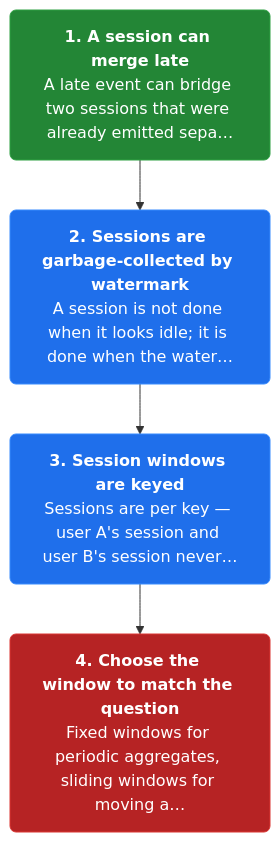
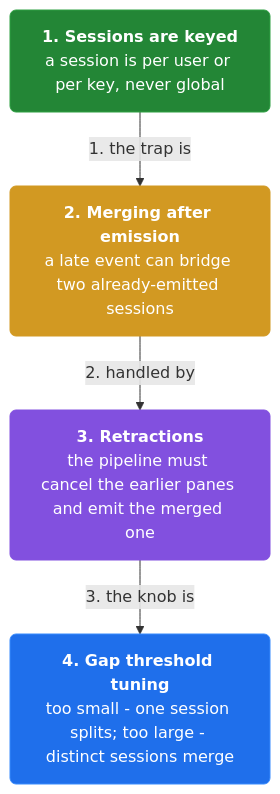
One commit to vinayakuber/streaming-systems-study-guide changed the third of 19 diagrams in docs/ch04-advanced-windowing.md. Above: the diagram before and after it, drawn with Mermaid. The commit also changed other lines of this file and 12 other files, not shown here.

First line of the commit message:
Author per-section and per-card mermaid diagrams (110 diagrams)

````diff
--- a/docs/ch04-advanced-windowing.md
+++ b/docs/ch04-advanced-windowing.md
@@ -91,13 +97,15 @@
 ```mermaid
 flowchart TD
-  classDef step fill:#1f6feb,color:#ffffff,stroke:#388bfd,stroke-width:1px,rx:6
+  classDef step fill:#1f6feb,color:#ffffff,stroke:#388bfd,rx:6
+  classDef core fill:#8250df,color:#ffffff,stroke:#8250df,rx:6
+  classDef warn fill:#d29922,color:#ffffff,stroke:#d29922,rx:6
   classDef start fill:#238636,color:#ffffff,stroke:#2ea043,rx:6
   classDef stop fill:#b62324,color:#ffffff,stroke:#da3633,rx:6
-  s2n0["<b>1. A session can merge late</b><br/>A late event can bridge two sessions that were already emitted sepa…"]:::start
-  s2n1["<b>2. Sessions are garbage-collected by watermark</b><br/>A session is not done when it looks idle; it is done when the water…"]:::step
-  s2n2["<b>3. Session windows are keyed</b><br/>Sessions are per key — user A's session and user B's session never…"]:::step
-  s2n3["<b>4. Choose the window to match the question</b><br/>Fixed windows for periodic aggregates, sliding windows for moving a…"]:::stop
-  s2n0 --> s2n1
-  s2n1 --> s2n2
-  s2n2 --> s2n3
+  n0["<b>1. Sessions are keyed</b><br/>a session is per user or per key, never global"]:::start
+  n1["<b>2. Merging after emission</b><br/>a late event can bridge two already-emitted sessions"]:::warn
+  n2["<b>3. Retractions</b><br/>the pipeline must cancel the earlier panes and emit the merged one"]:::core
+  n3["<b>4. Gap threshold tuning</b><br/>too small - one session splits; too large - distinct sessions merge"]:::step
+  n0 -->|"1. the trap is"| n1
+  n1 -->|"2. handled by"| n2
+  n2 -->|"3. the knob is"| n3
 ```
````
